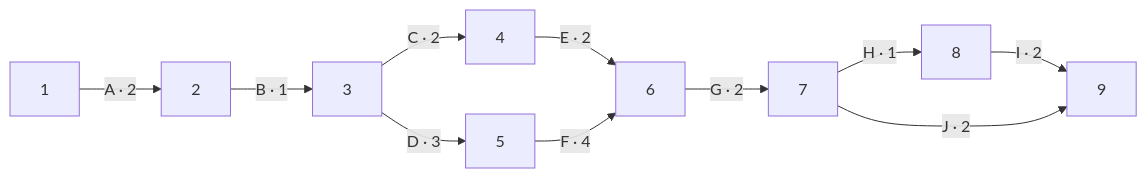
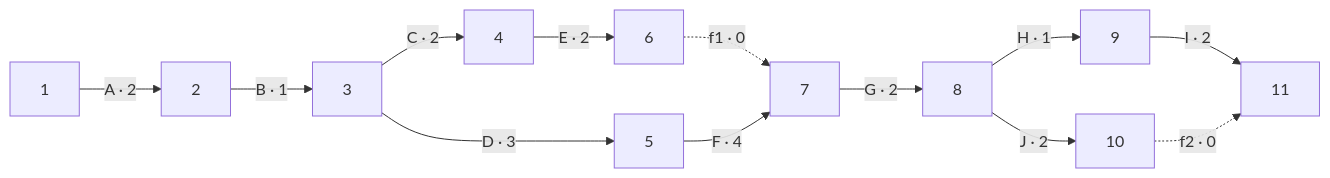
Before and after one commit to carlosguerrerom0/Barber_920: the diagram in docs/pert-fase2-pendiente.md, drawn with Mermaid. The commit also changed other lines of this file, not shown here.

````diff
--- a/docs/pert-fase2-pendiente.md
+++ b/docs/pert-fase2-pendiente.md
@@ -33,13 +33,15 @@
 ```mermaid
 flowchart LR
     N1["1"] -- "A · 2" --> N2["2"]
     N2 -- "B · 1" --> N3["3"]
     N3 -- "C · 2" --> N4["4"]
     N3 -- "D · 3" --> N5["5"]
     N4 -- "E · 2" --> N6["6"]
-    N5 -- "F · 4" --> N6
-    N6 -- "G · 2" --> N7["7"]
-    N7 -- "H · 1" --> N8["8"]
-    N8 -- "I · 2" --> N9["9"]
-    N7 -- "J · 2" --> N9
+    N6 -. "f1 · 0" .-> N7["7"]
+    N5 -- "F · 4" --> N7
+    N7 -- "G · 2" --> N8["8"]
+    N8 -- "H · 1" --> N9["9"]
+    N8 -- "J · 2" --> N10["10"]
+    N9 -- "I · 2" --> N11["11"]
+    N10 -. "f2 · 0" .-> N11
 ```
````
